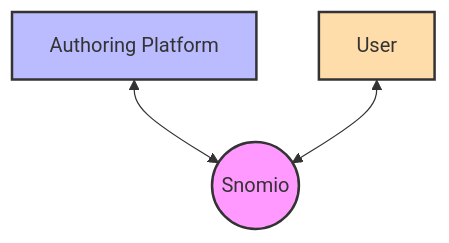
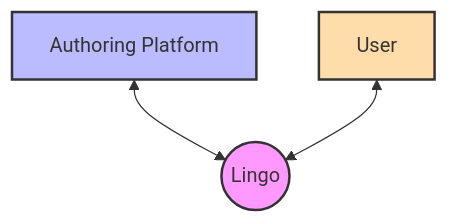
Before and after one commit to AuDigitalHealth/lingo: the fourth of 7 diagrams in docs/design/integration-points.md, drawn with Mermaid. The commit also changed other lines of this file and 10 other files, not shown here.

Commit message:
replace occurances of Snomio with Lingo across the docs

````diff
--- a/docs/design/integration-points.md
+++ b/docs/design/integration-points.md
@@ -132,11 +132,11 @@
 ```mermaid
 graph TB
     AP[Authoring Platform]
-    Snomio((Snomio))
+    Lingo((Lingo))
     User[User]
-    AP <--> Snomio
-    User <--> Snomio
+    AP <--> Lingo
+    User <--> Lingo
     style AP fill: #bbf, stroke: #333, stroke-width: 2px
-    style Snomio fill: #f9f, stroke: #333, stroke-width: 2px
+    style Lingo fill: #f9f, stroke: #333, stroke-width: 2px
     style User fill: #fda, stroke: #333, stroke-width: 2px
 ```
````
